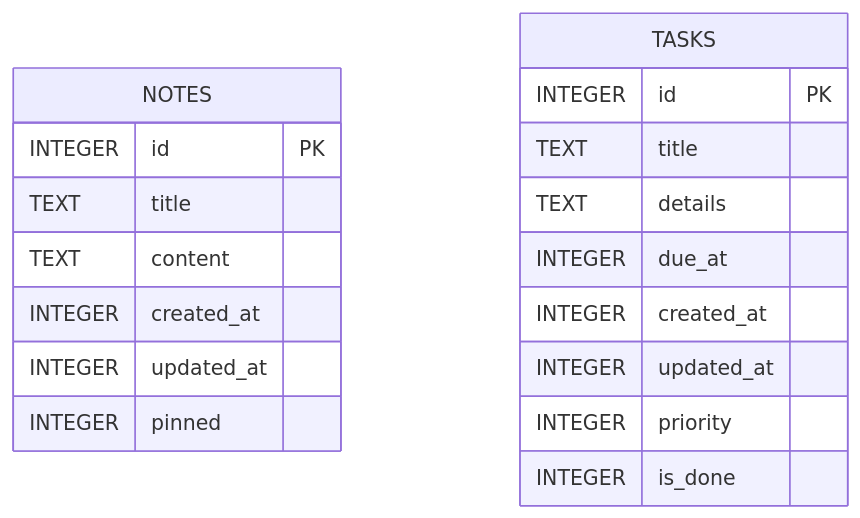
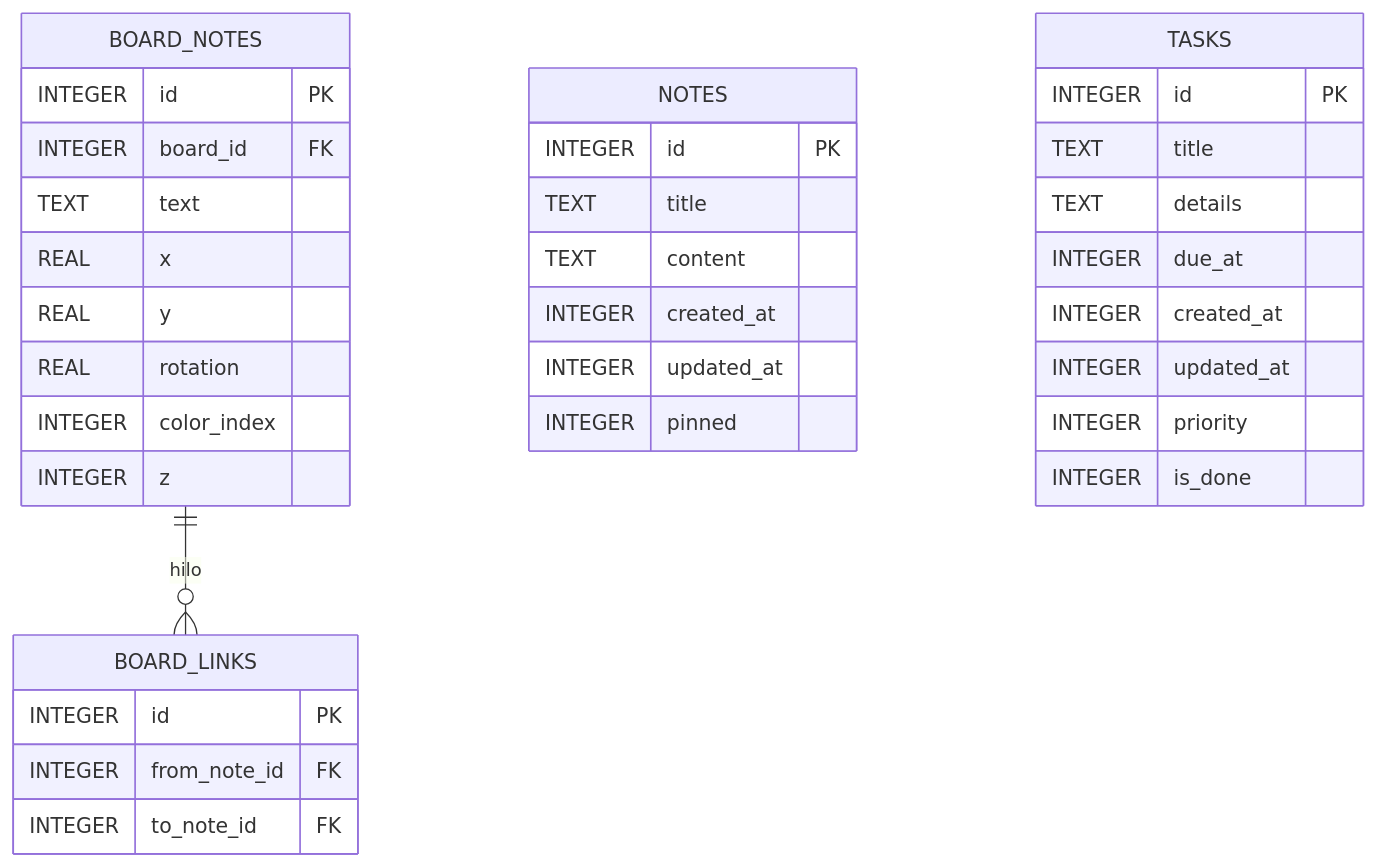
The second of 2 diagrams in README.md (JOSETRA44/Tien), drawn with Mermaid before and after one commit. The commit also changed other lines of this file and 398 other files, not shown here.

````diff
--- a/README.md
+++ b/README.md
@@ -136,21 +193,37 @@
 ```mermaid
 erDiagram
+    BOARD_NOTES {
+        INTEGER id PK
+        INTEGER board_id FK
+        TEXT text
+        REAL x
+        REAL y
+        REAL rotation
+        INTEGER color_index
+        INTEGER z
+    }
+    BOARD_LINKS {
+        INTEGER id PK
+        INTEGER from_note_id FK
+        INTEGER to_note_id FK
+    }
+    BOARD_NOTES ||--o{ BOARD_LINKS : "hilo"
     NOTES {
         INTEGER id PK
         TEXT title
         TEXT content
         INTEGER created_at
         INTEGER updated_at
         INTEGER pinned
     }
     TASKS {
         INTEGER id PK
         TEXT title
         TEXT details
         INTEGER due_at
         INTEGER created_at
         INTEGER updated_at
         INTEGER priority
         INTEGER is_done
     }
 ```
````
